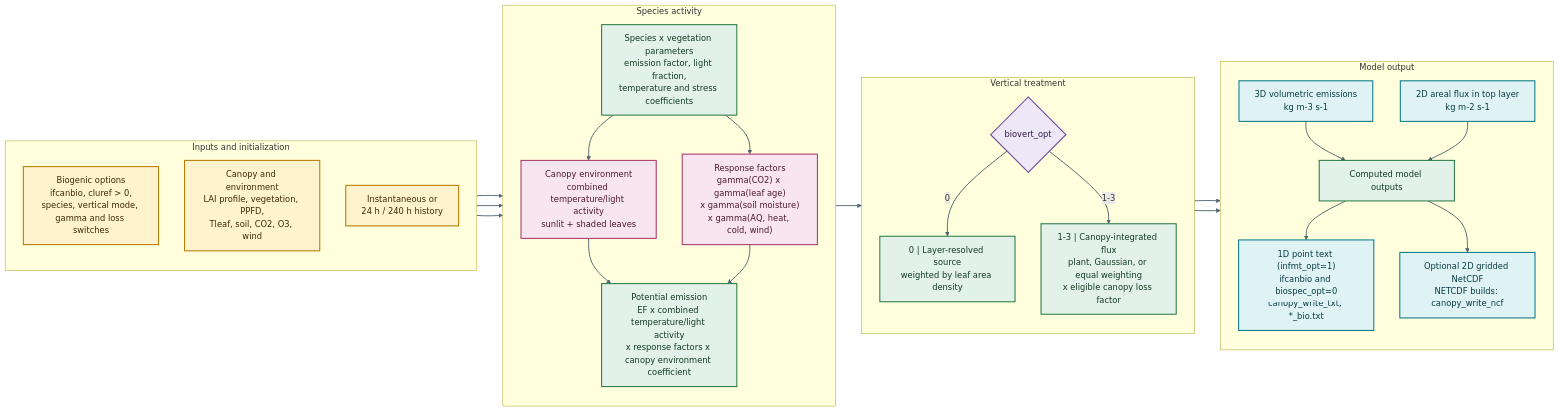
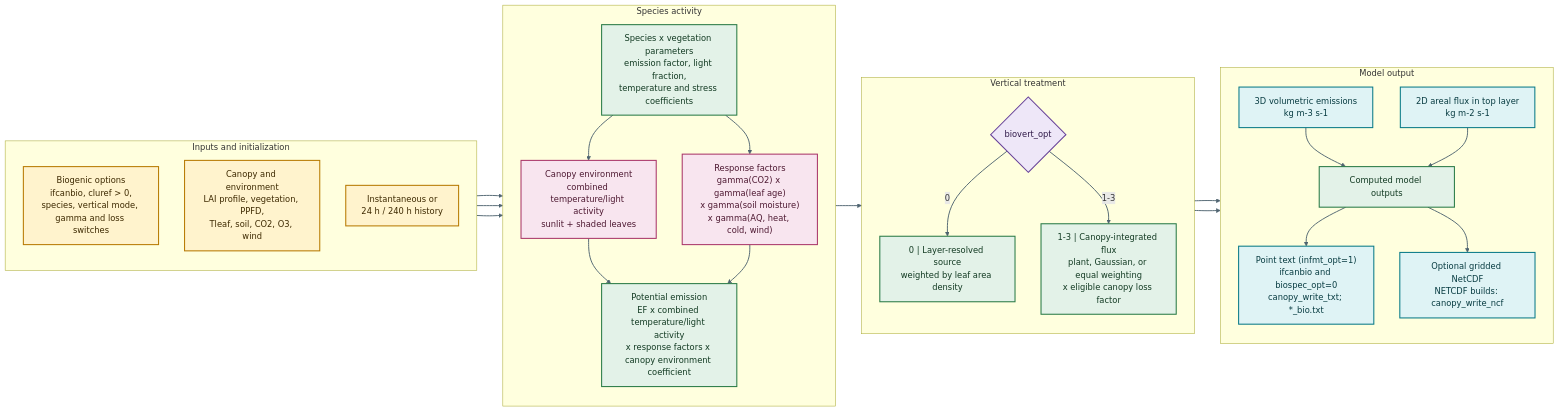
Before and after one commit to noaa-oar-arl/canopy-app: the diagram in docs/development/biogenic_emissions_flowchart_simplified.mmd, drawn with Mermaid.

Commit message:
Update simplified chart.

```diff
--- a/docs/development/biogenic_emissions_flowchart_simplified.mmd
+++ b/docs/development/biogenic_emissions_flowchart_simplified.mmd
@@ -1,54 +1,54 @@
 flowchart LR
     classDef input fill:#FFF3CD,stroke:#B77900,color:#3D2900,stroke-width:2px
     classDef model fill:#E3F2E8,stroke:#287A45,color:#123A22,stroke-width:2px
     classDef factor fill:#F8E5EF,stroke:#A93669,color:#4D1831,stroke-width:2px
     classDef decision fill:#EEE7F8,stroke:#68429A,color:#2F1948,stroke-width:2px
     classDef output fill:#DFF3F5,stroke:#087987,color:#073B41,stroke-width:2px
 
     subgraph A["Inputs and initialization"]
         direction TB
         CFG["Biogenic options<br/>ifcanbio, cluref > 0,<br/>species, vertical mode, gamma and loss switches"]:::input
         STATE["Canopy and environment<br/>LAI profile, vegetation, PPFD,<br/>Tleaf, soil, CO2, O3, wind"]:::input
         HIST["Instantaneous or<br/>24 h / 240 h history"]:::input
     end
 
     subgraph B["Species activity"]
         direction TB
         PARM["Species x vegetation parameters<br/>emission factor, light fraction,<br/>temperature and stress coefficients"]:::model
         ENV["Canopy environment<br/>combined temperature/light activity<br/>sunlit + shaded leaves"]:::factor
         MOD["Response factors<br/>gamma(CO2) x gamma(leaf age)<br/>x gamma(soil moisture)<br/>x gamma(AQ, heat, cold, wind)"]:::factor
         EMIS["Potential emission<br/>EF x combined temperature/light activity<br/>x response factors x canopy environment coefficient"]:::model
     end
 
     subgraph C["Vertical treatment"]
         direction TB
         VERT{"biovert_opt"}:::decision
         PROFILE["0 | Layer-resolved source<br/>weighted by leaf area density"]:::model
         INTEGRATE["1-3 | Canopy-integrated flux<br/>plant, Gaussian, or equal weighting<br/>x eligible canopy loss factor"]:::model
     end
 
     subgraph D["Model output"]
         direction TB
         VOL["3D volumetric emissions<br/>kg m-3 s-1"]:::output
         AREA["2D areal flux in top layer<br/>kg m-2 s-1"]:::output
         OUT["Computed model outputs"]:::model
-        WRITE["1D point text (infmt_opt=1)<br/>ifcanbio and biospec_opt=0<br/>canopy_write_txt; *_bio.txt"]:::output
-        NCF["Optional 2D gridded NetCDF<br/>NETCDF builds: canopy_write_ncf"]:::output
+        WRITE["Point text (infmt_opt=1)<br/>ifcanbio and biospec_opt=0<br/>canopy_write_txt; *_bio.txt"]:::output
+        NCF["Optional gridded NetCDF<br/>NETCDF builds: canopy_write_ncf"]:::output
     end
 
     CFG --> PARM
     STATE --> ENV
     HIST --> ENV
     PARM --> ENV
     PARM --> MOD
     ENV --> EMIS
     MOD --> EMIS
     EMIS --> VERT
     VERT -->|0| PROFILE --> VOL
     VERT -->|1-3| INTEGRATE --> AREA
     VOL --> OUT
     AREA --> OUT
     OUT --> WRITE
     OUT --> NCF
 
     linkStyle default stroke:#4F6470,stroke-width:1.8px
```
